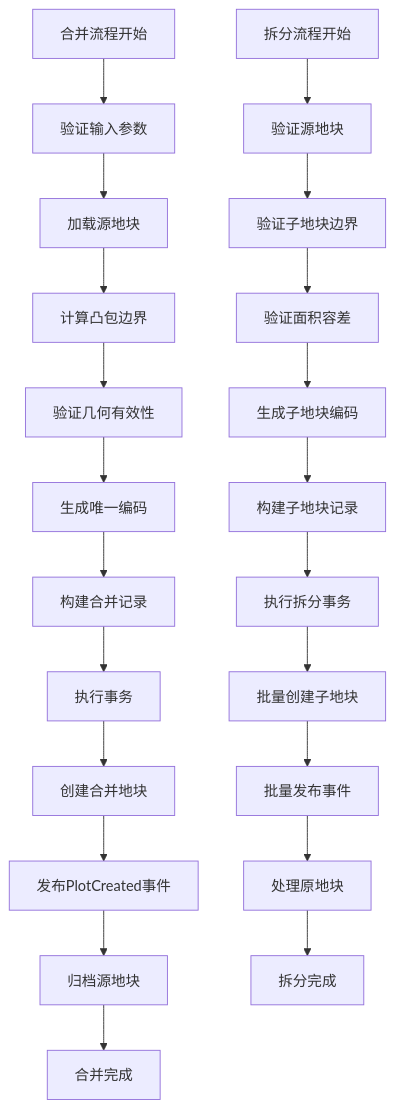
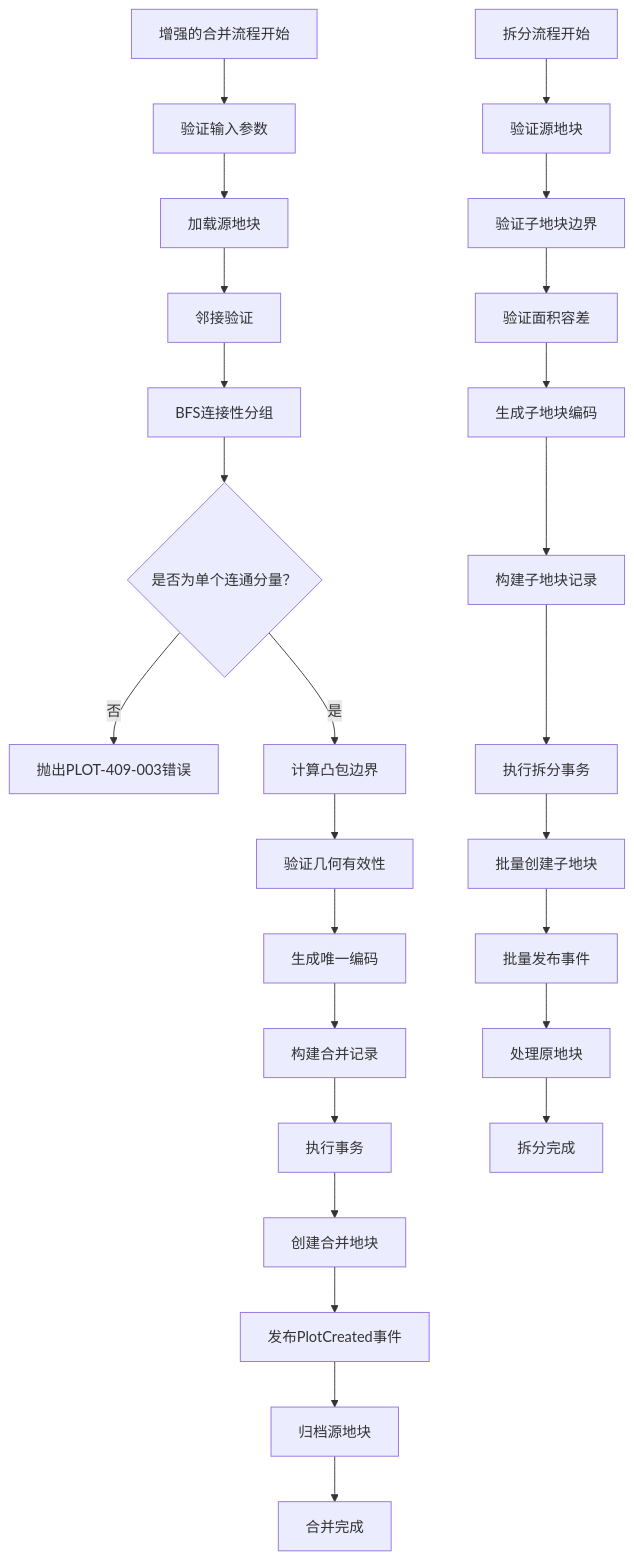
One commit to q446328246/agri-platform changed the eighth of 15 diagrams in .qoder/repowiki/zh/content/核心服务文档/地块管理服务.md. Above: the diagram before and after it, drawn with Mermaid. The commit also changed other lines of this file and 35 other files, not shown here.

````diff
--- a/.qoder/repowiki/zh/content/核心服务文档/地块管理服务.md
+++ b/.qoder/repowiki/zh/content/核心服务文档/地块管理服务.md
@@ -486,24 +576,28 @@
 ```mermaid
 flowchart TD
-MergeStart["合并流程开始"] --> ValidateInputs["验证输入参数"]
+MergeStart["增强的合并流程开始"] --> ValidateInputs["验证输入参数"]
 ValidateInputs --> LoadSources["加载源地块"]
-LoadSources --> CalcConvexHull["计算凸包边界"]
+LoadSources --> AdjacencyValidation["邻接验证"]
+AdjacencyValidation --> BFSGrouping["BFS连接性分组"]
+BFSGrouping --> SingleComponent{"是否为单个连通分量？"}
+SingleComponent --> |否| ThrowError["抛出PLOT-409-003错误"]
+SingleComponent --> |是| CalcConvexHull["计算凸包边界"]
 CalcConvexHull --> ValidateGeometry["验证几何有效性"]
 ValidateGeometry --> GenerateCode["生成唯一编码"]
 GenerateCode --> BuildRecord["构建合并记录"]
 BuildRecord --> ExecuteTransaction["执行事务"]
 ExecuteTransaction --> CreateMerged["创建合并地块"]
 CreateMerged --> PublishEvent["发布PlotCreated事件"]
 PublishEvent --> ArchiveSources["归档源地块"]
 ArchiveSources --> MergeEnd["合并完成"]
 SplitStart["拆分流程开始"] --> ValidateSource["验证源地块"]
 ValidateSource --> ValidatePieces["验证子地块边界"]
 ValidatePieces --> ValidateArea["验证面积容差"]
 ValidateArea --> GenerateCodes["生成子地块编码"]
 GenerateCodes --> BuildRecords["构建子地块记录"]
 BuildRecords --> ExecuteSplitTransaction["执行拆分事务"]
 ExecuteSplitTransaction --> CreatePieces["批量创建子地块"]
 CreatePieces --> PublishEvents["批量发布事件"]
 PublishEvents --> HandleSource["处理原地块"]
 HandleSource --> SplitEnd["拆分完成"]
 ```
````
